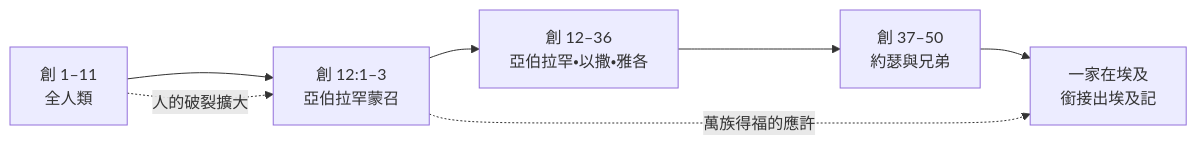
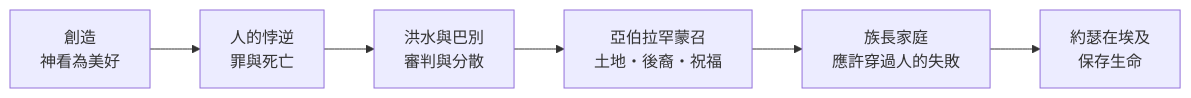
One commit to andyjr5566/Bible_wiki_zh changed the third of 5 diagrams in 01 創世記/Introduction.md. Above: the diagram before and after it, drawn with Mermaid. The commit also changed other lines of this file, not shown here.

````diff
--- a/01 創世記/Introduction.md
+++ b/01 創世記/Introduction.md
@@ -45,9 +106,8 @@
 ```mermaid
 flowchart LR
-  A[創 1–11<br/>全人類] --> B[創 12:1–3<br/>亞伯拉罕蒙召]
-  B --> C[創 12–36<br/>亞伯拉罕・以撒・雅各]
-  C --> D[創 37–50<br/>約瑟與兄弟]
-  D --> E[一家在埃及<br/>銜接出埃及記]
-  A -. 人的破裂擴大 .-> B
-  B -. 萬族得福的應許 .-> E
+  A[創造<br/>神看為美好] --> B[人的悖逆<br/>罪與死亡]
+  B --> C[洪水與巴別<br/>審判與分散]
+  C --> D[亞伯拉罕蒙召<br/>土地・後裔・祝福]
+  D --> E[族長家庭<br/>應許穿過人的失敗]
+  E --> F[約瑟在埃及<br/>保存生命]
 ```
````
